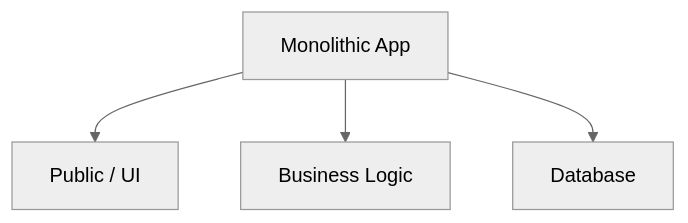
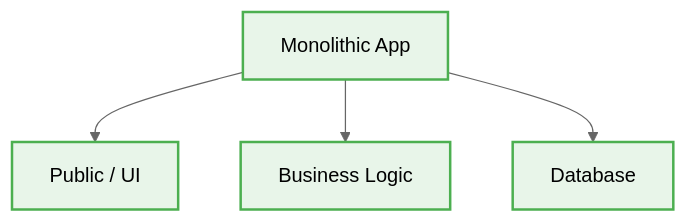
One commit to beginwebdev2002/best-practise changed the ninth of 10 diagrams in architectures/readme.md. Above: the diagram before and after it, drawn with Mermaid (neutral theme). The commit also changed other lines of this file and 20 other files, not shown here.

First line of the commit message:
docs: update mermaid diagrams with UI/UX design tokens styling

````diff
--- a/architectures/readme.md
+++ b/architectures/readme.md
@@ -301,6 +386,16 @@
 ```mermaid
 graph TD
     Project[Monolithic App] --> UI[Public / UI]
     Project --> Logic[Business Logic]
     Project --> Data[Database]
+    %% Added Design Token Styles for Mermaid Diagrams
+    classDef default fill:#e1f5fe,stroke:#03a9f4,stroke-width:2px,color:#000;
+    classDef component fill:#e8f5e9,stroke:#4caf50,stroke-width:2px,color:#000;
+    classDef layout fill:#f3e5f5,stroke:#9c27b0,stroke-width:2px,color:#000;
+
+    class Logic component;
+    class Data component;
+    class UI component;
+    class Project component;
+
 ```
````
